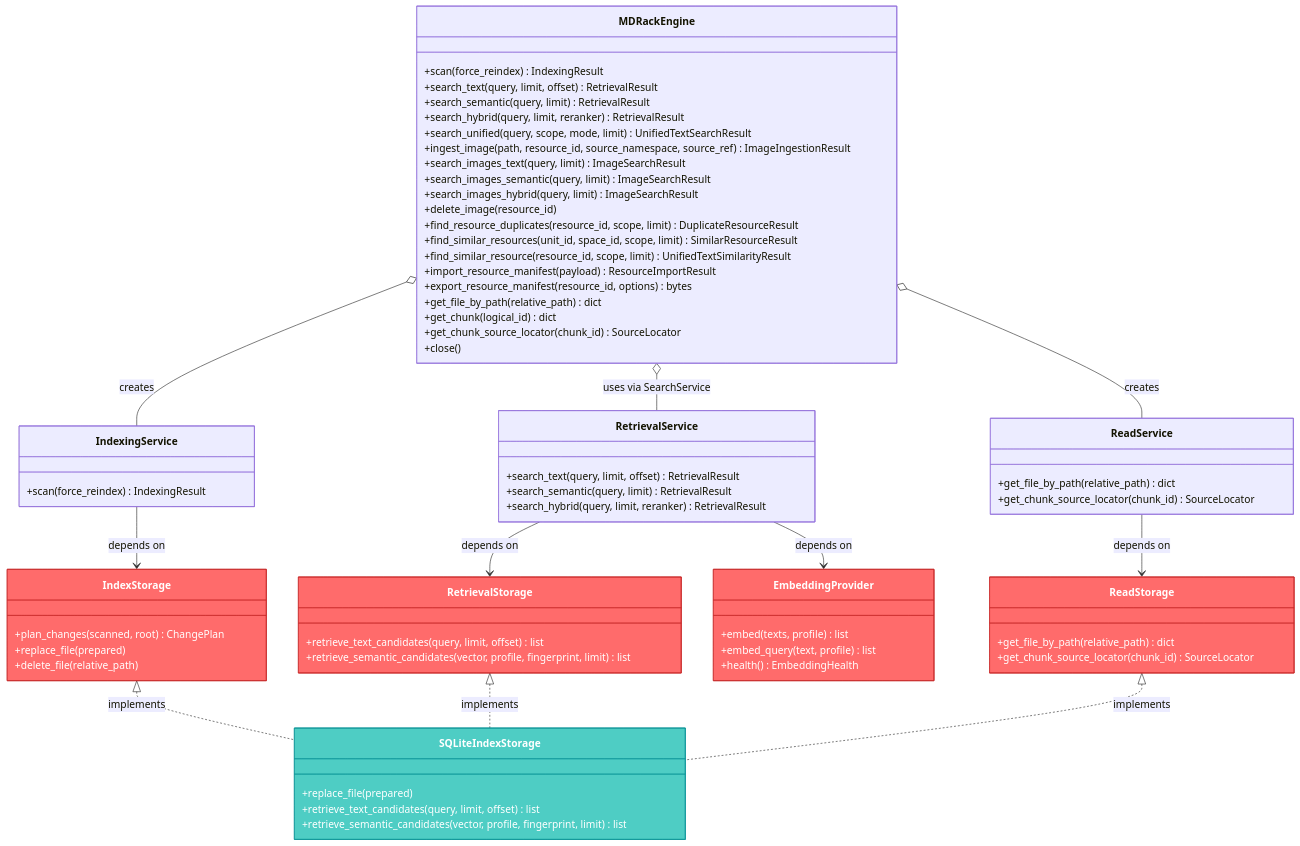
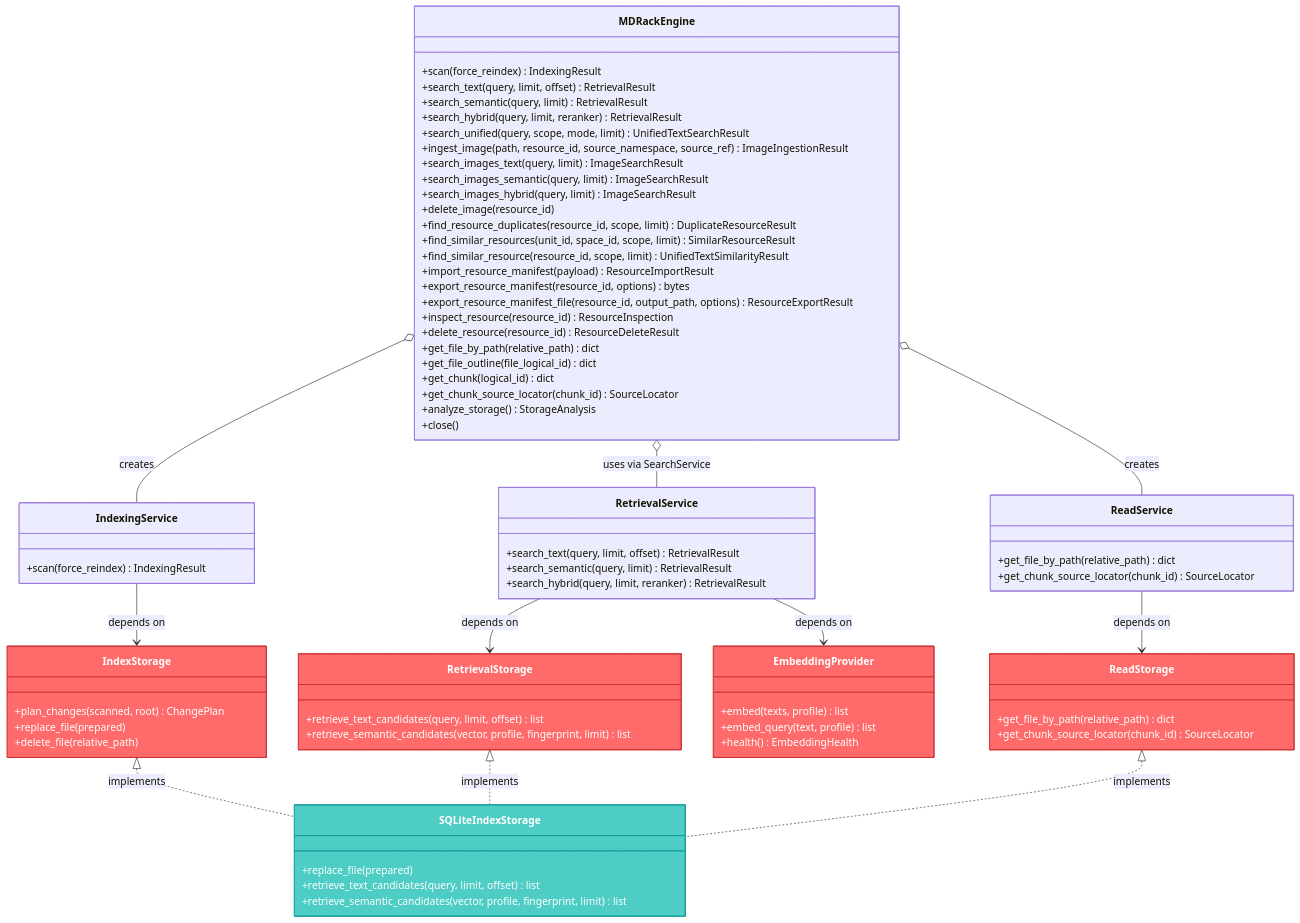
Before and after one commit to VladimirMonin/MDRack: the diagram in docs/current-architecture/public-interfaces.md, drawn with Mermaid. The commit also changed other lines of this file and 133 other files, not shown here.

```diff
--- a/docs/current-architecture/public-interfaces.md
+++ b/docs/current-architecture/public-interfaces.md
@@ -24,9 +24,14 @@
         +find_similar_resource(resource_id, scope, limit) UnifiedTextSimilarityResult
         +import_resource_manifest(payload) ResourceImportResult
         +export_resource_manifest(resource_id, options) bytes
+        +export_resource_manifest_file(resource_id, output_path, options) ResourceExportResult
+        +inspect_resource(resource_id) ResourceInspection
+        +delete_resource(resource_id) ResourceDeleteResult
         +get_file_by_path(relative_path) dict
+        +get_file_outline(file_logical_id) dict
         +get_chunk(logical_id) dict
         +get_chunk_source_locator(chunk_id) SourceLocator
+        +analyze_storage() StorageAnalysis
         +close()
     }
 
```
